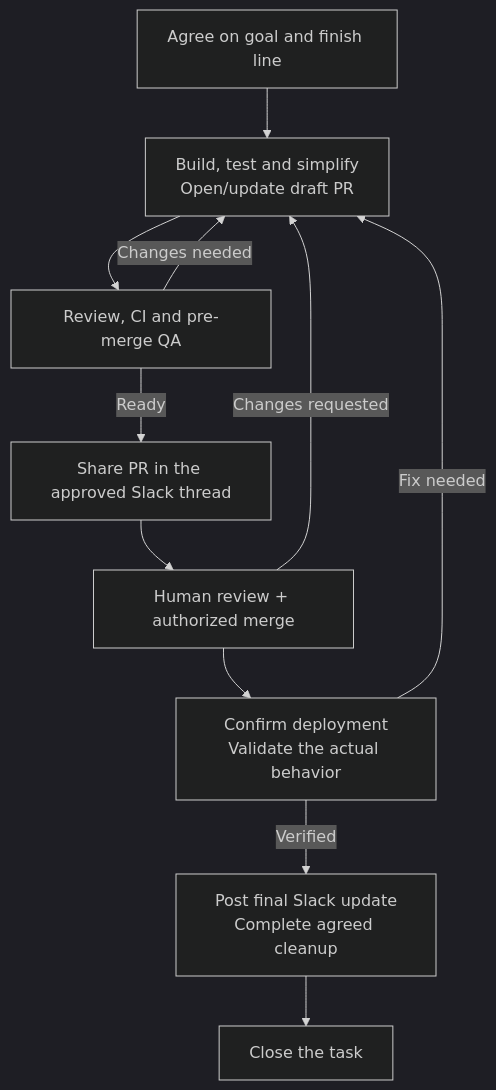
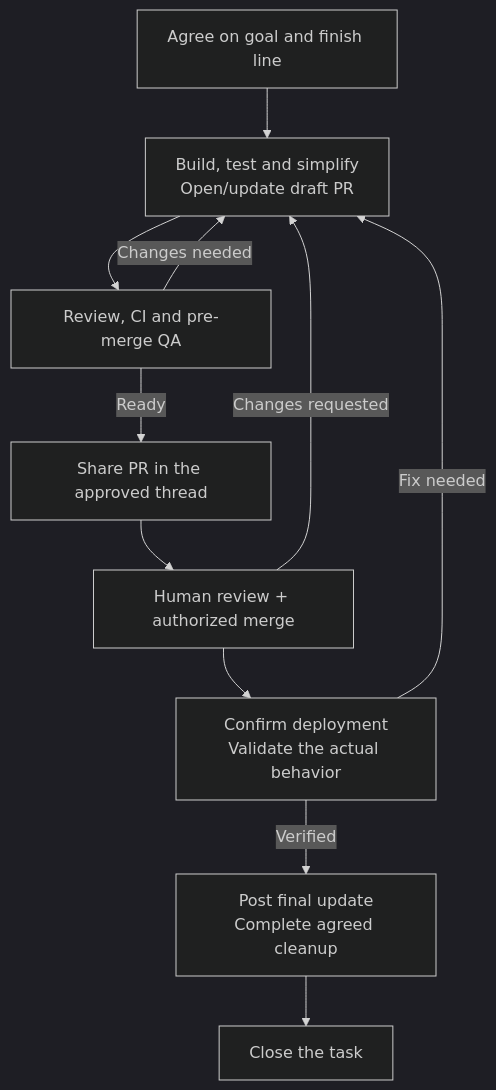
Before and after one commit to jpriverar/pi-config: the diagram in skills/development-workflow/SKILL.md, drawn with Mermaid (dark theme).

Commit message:
workflow: keep shared labels portable

````diff
--- a/skills/development-workflow/SKILL.md
+++ b/skills/development-workflow/SKILL.md
@@ -24,13 +24,13 @@
 ```mermaid
 flowchart TD
     A["Agree on goal and finish line"] --> B["Build, test and simplify<br/>Open/update draft PR"]
     B --> C["Review, CI and pre-merge QA"]
     C -->|Changes needed| B
-    C -->|Ready| S["Share PR in the approved Slack thread"]
+    C -->|Ready| S["Share PR in the approved thread"]
     S --> H["Human review + authorized merge"]
     H -->|Changes requested| B
     H --> V["Confirm deployment<br/>Validate the actual behavior"]
     V -->|Fix needed| B
-    V -->|Verified| U["Post final Slack update<br/>Complete agreed cleanup"]
+    V -->|Verified| U["Post final update<br/>Complete agreed cleanup"]
     U --> D["Close the task"]
 ```
````
